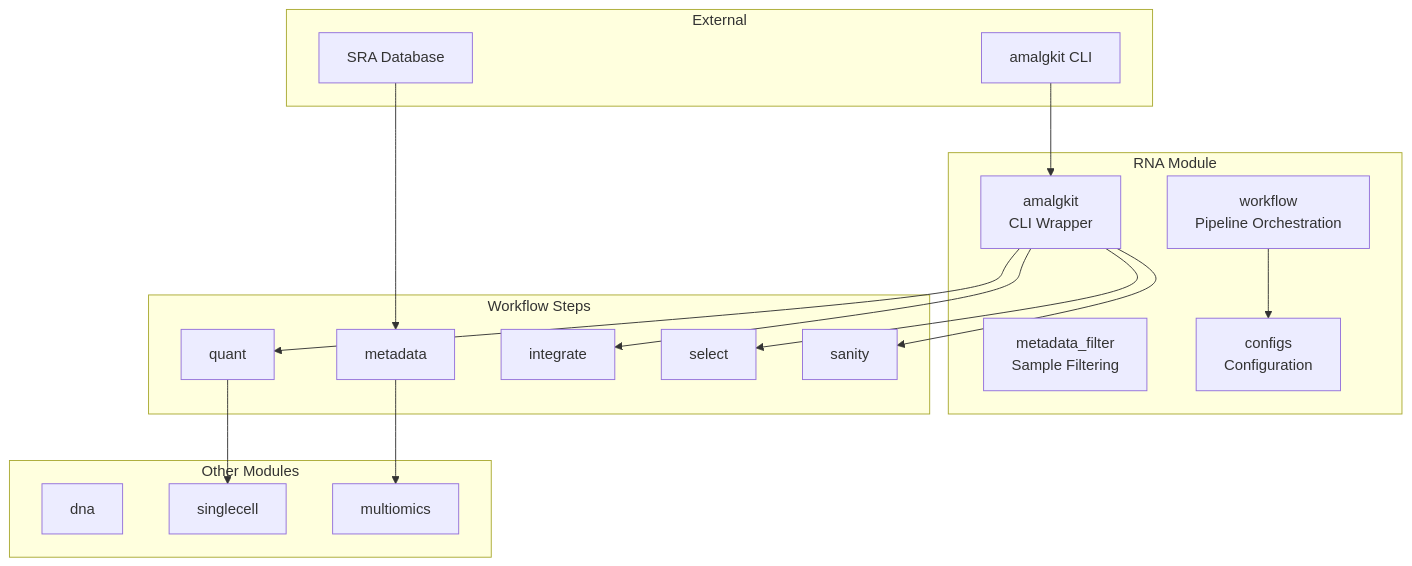
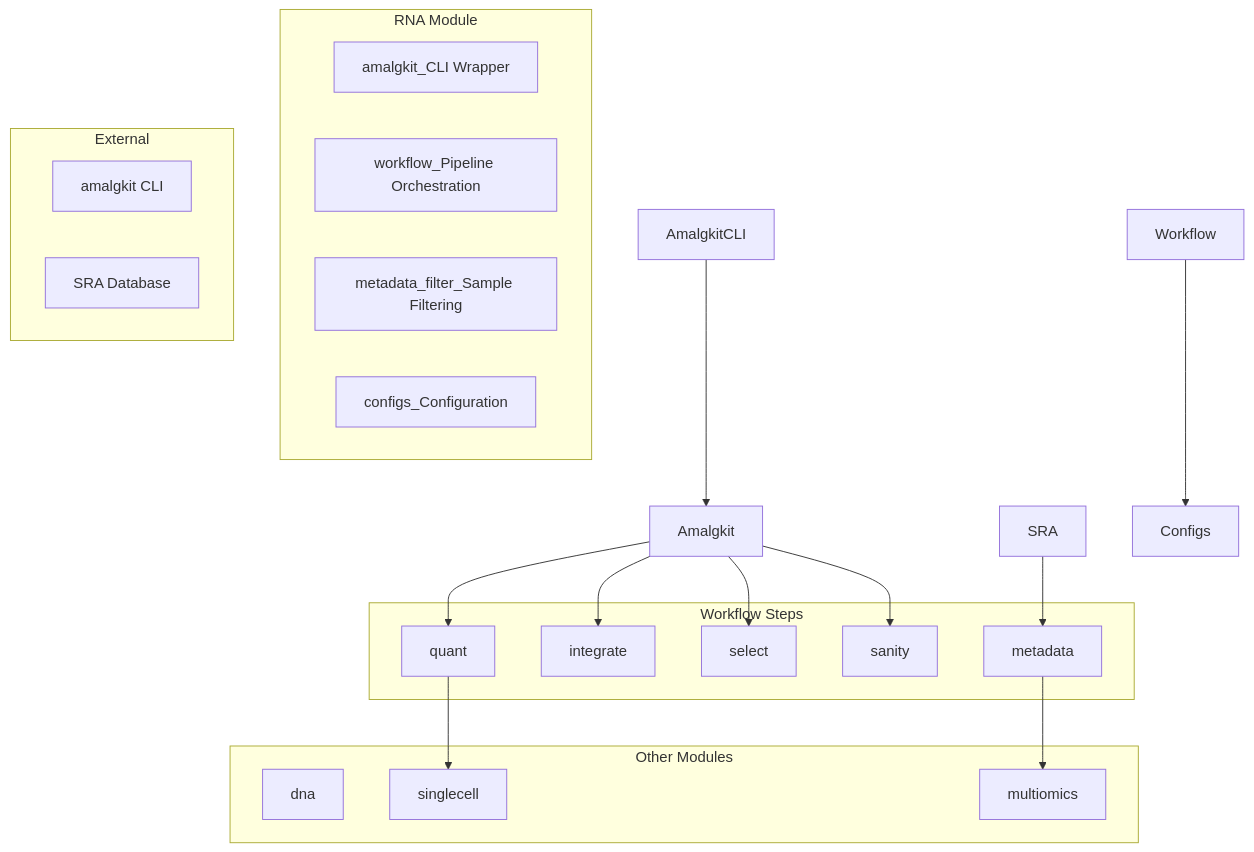
Before and after one commit to docxology/MetaInformAnt: the first of 4 diagrams in src/metainformant/rna/README.md, drawn with Mermaid. The commit also changed other lines of this file and 611 other files, not shown here.

````diff
--- a/src/metainformant/rna/README.md
+++ b/src/metainformant/rna/README.md
@@ -36,38 +36,38 @@
 ```mermaid
 graph TB
     subgraph "RNA Module"
-        Amalgkit[amalgkit<br/>CLI Wrapper]
-        Workflow[workflow<br/>Pipeline Orchestration]
-        MetadataFilter[metadata_filter<br/>Sample Filtering]
-        Configs[configs<br/>Configuration]
+        AmalgkitamalgkitCliWrapper[amalgkit_CLI Wrapper]
+        WorkflowworkflowPipelineOrchestration[workflow_Pipeline Orchestration]
+        MetadataFiltermetadataFilterSampleFiltering[metadata_filter_Sample Filtering]
+        ConfigsconfigsConfiguration[configs_Configuration]
     end
 
     subgraph "Workflow Steps"
         Meta[metadata]
         Quant[quant]
         Integrate[integrate]
         Select[select]
         Sanity[sanity]
     end
 
     subgraph "External"
-        AmalgkitCLI[amalgkit CLI]
-        SRA[SRA Database]
+        AmalgkitCLIamalgkitCli[amalgkit CLI]
+        SRAsraDatabase[SRA Database]
     end
 
     subgraph "Other Modules"
-        DNA_Mod[dna]
+        dna[dna]
         SingleCell[singlecell]
         MultiOmics[multiomics]
     end
 
     AmalgkitCLI --> Amalgkit
     SRA --> Meta
     Amalgkit --> Quant
     Amalgkit --> Integrate
     Amalgkit --> Select
     Amalgkit --> Sanity
     Workflow --> Configs
     Quant --> SingleCell
     Meta --> MultiOmics
 ```
````
